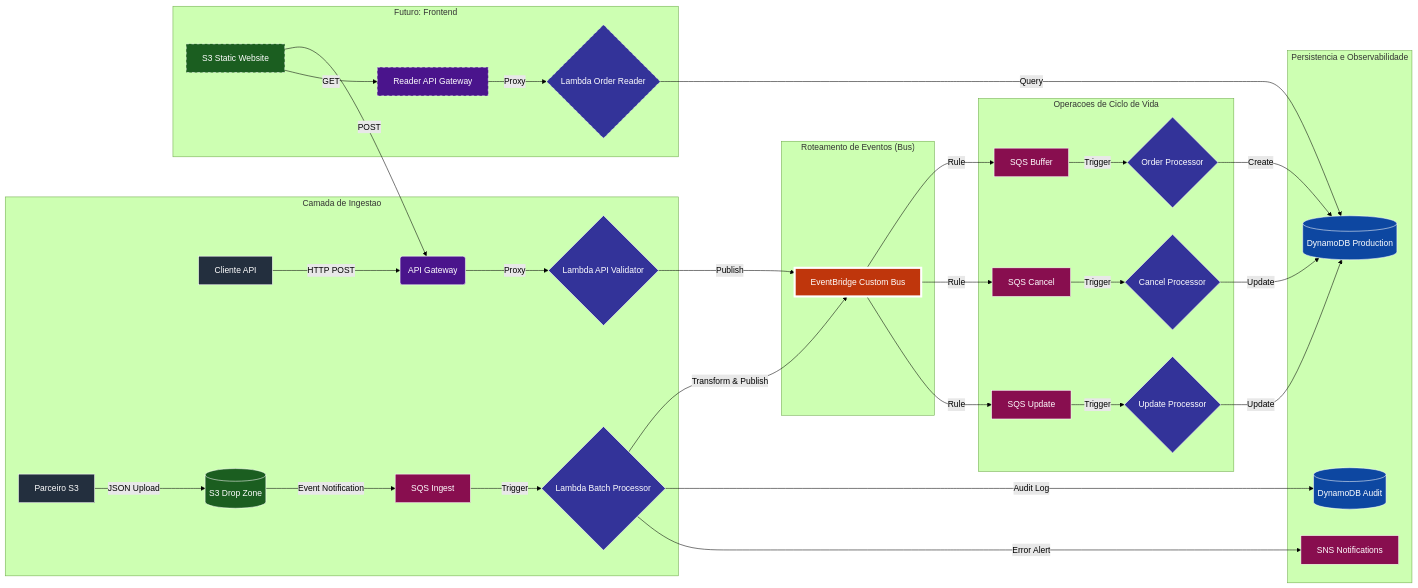
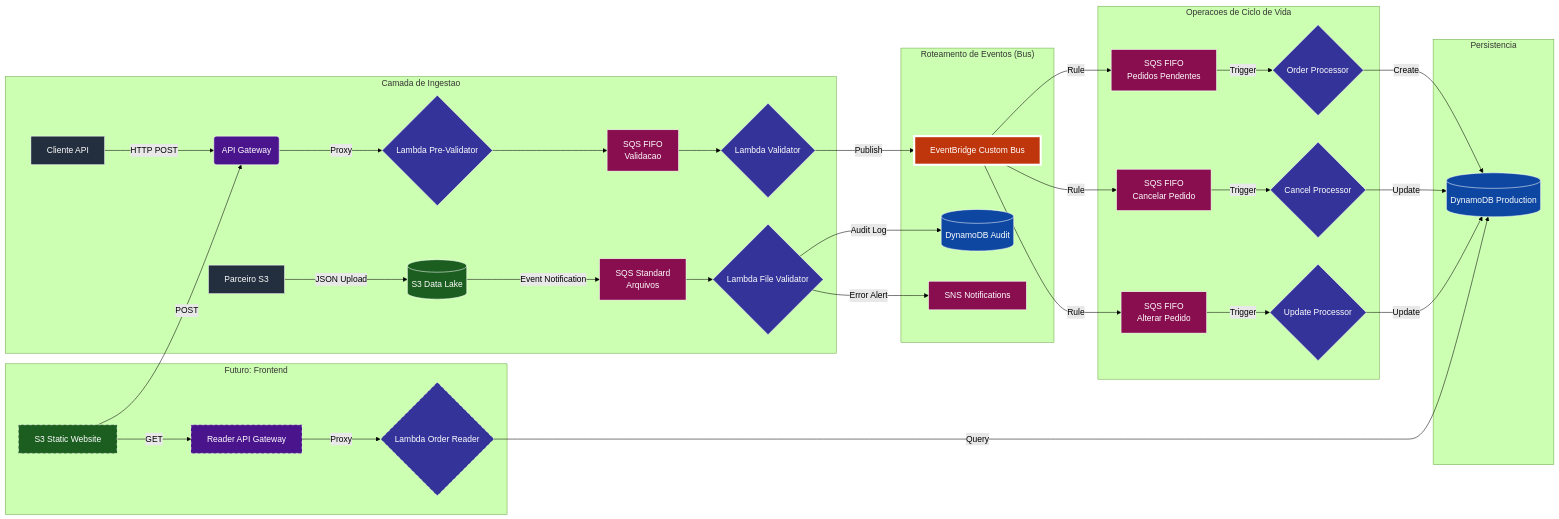
The first of 2 diagrams in README.md (DessimA/aws-serverless-order-management), drawn with Mermaid (forest theme) before and after one commit. The commit also changed other lines of this file, not shown here.

Commit message:
docs: rewrite README to reflect current architecture (SQS FIFO buffer, audit-only S3 flow)

````diff
--- a/README.md
+++ b/README.md
@@ -12,59 +12,62 @@
 ```mermaid
 graph LR
     subgraph "Camada de Ingestao"
         A[Cliente API] -- HTTP POST --> B(API Gateway)
-        B -- Proxy --> C{Lambda API Validator}
-        D[Parceiro S3] -- JSON Upload --> E[(S3 Drop Zone)]
-        E -- Event Notification --> F[SQS Ingest]
-        F -- Trigger --> G{Lambda Batch Processor}
+        B -- Proxy --> C{Lambda Pre-Validator}
+        C --> D[SQS FIFO<br/>Validacao]
+        D --> E{Lambda Validator}
+        F[Parceiro S3] -- JSON Upload --> G[(S3 Data Lake)]
+        G -- Event Notification --> H[SQS Standard<br/>Arquivos]
+        H --> I{Lambda File Validator}
     end
 
     subgraph "Roteamento de Eventos (Bus)"
-        C -- Publish --> H[EventBridge Custom Bus]
-        G -- Transform & Publish --> H
+        E -- Publish --> J[EventBridge Custom Bus]
+        I -- Audit Log --> K[(DynamoDB Audit)]
+        I -- Error Alert --> L[SNS Notifications]
     end
 
     subgraph "Operacoes de Ciclo de Vida"
-        H -- Rule --> I[SQS Buffer] -- Trigger --> J{Order Processor}
-        H -- Rule --> K[SQS Cancel] -- Trigger --> L{Cancel Processor}
-        H -- Rule --> M[SQS Update] -- Trigger --> N{Update Processor}
+        J -- Rule --> M[SQS FIFO<br/>Pedidos Pendentes] -- Trigger --> N{Order Processor}
+        J -- Rule --> O[SQS FIFO<br/>Cancelar Pedido] -- Trigger --> P{Cancel Processor}
+        J -- Rule --> Q[SQS FIFO<br/>Alterar Pedido] -- Trigger --> R{Update Processor}
     end
 
-    subgraph "Persistencia e Observabilidade"
-        J -- Create --> O[(DynamoDB Production)]
-        L -- Update --> O
-        N -- Update --> O
-        G -- Audit Log --> P[(DynamoDB Audit)]
-        G -- Error Alert --> Q[SNS Notifications]
+    subgraph "Persistencia"
+        N -- Create --> S[(DynamoDB Production)]
+        P -- Update --> S
+        R -- Update --> S
     end
 
     subgraph "Futuro: Frontend"
-        R[S3 Static Website]
-        R -- POST --> B
-        R -- GET --> S[Reader API Gateway]
-        S -- Proxy --> T{Lambda Order Reader}
-        T -- Query --> O
+        T[S3 Static Website]
+        T -- POST --> B
+        T -- GET --> U[Reader API Gateway]
+        U -- Proxy --> V{Lambda Order Reader}
+        V -- Query --> S
     end
 
     %% Estilizacao para alto contraste (Fonte Branca)
     style A fill:#232F3E,stroke:#fff,color:#fff
     style B fill:#4A148C,stroke:#fff,color:#fff
     style C fill:#333399,stroke:#fff,color:#fff
-    style D fill:#232F3E,stroke:#fff,color:#fff
-    style E fill:#1B5E20,stroke:#fff,color:#fff
-    style F fill:#880E4F,stroke:#fff,color:#fff
-    style G fill:#333399,stroke:#fff,color:#fff
-    style H fill:#BF360C,stroke:#fff,stroke-width:4px,color:#fff
-    style I fill:#880E4F,stroke:#fff,color:#fff
-    style J fill:#333399,stroke:#fff,color:#fff
-    style K fill:#880E4F,stroke:#fff,color:#fff
-    style L fill:#333399,stroke:#fff,color:#fff
+    style D fill:#880E4F,stroke:#fff,color:#fff
+    style E fill:#333399,stroke:#fff,color:#fff
+    style F fill:#232F3E,stroke:#fff,color:#fff
+    style G fill:#1B5E20,stroke:#fff,color:#fff
+    style H fill:#880E4F,stroke:#fff,color:#fff
+    style I fill:#333399,stroke:#fff,color:#fff
+    style J fill:#BF360C,stroke:#fff,stroke-width:4px,color:#fff
+    style K fill:#0D47A1,stroke:#fff,color:#fff
+    style L fill:#880E4F,stroke:#fff,color:#fff
     style M fill:#880E4F,stroke:#fff,color:#fff
     style N fill:#333399,stroke:#fff,color:#fff
-    style O fill:#0D47A1,stroke:#fff,color:#fff
-    style P fill:#0D47A1,stroke:#fff,color:#fff
+    style O fill:#880E4F,stroke:#fff,color:#fff
+    style P fill:#333399,stroke:#fff,color:#fff
     style Q fill:#880E4F,stroke:#fff,color:#fff
-    style R fill:#1B5E20,stroke:#fff,stroke-dasharray: 5 5,color:#fff
-    style S fill:#4A148C,stroke:#fff,stroke-dasharray: 5 5,color:#fff
-    style T fill:#333399,stroke:#fff,stroke-dasharray: 5 5,color:#fff
+    style R fill:#333399,stroke:#fff,color:#fff
+    style S fill:#0D47A1,stroke:#fff,color:#fff
+    style T fill:#1B5E20,stroke:#fff,stroke-dasharray: 5 5,color:#fff
+    style U fill:#4A148C,stroke:#fff,stroke-dasharray: 5 5,color:#fff
+    style V fill:#333399,stroke:#fff,stroke-dasharray: 5 5,color:#fff
 ```
````
